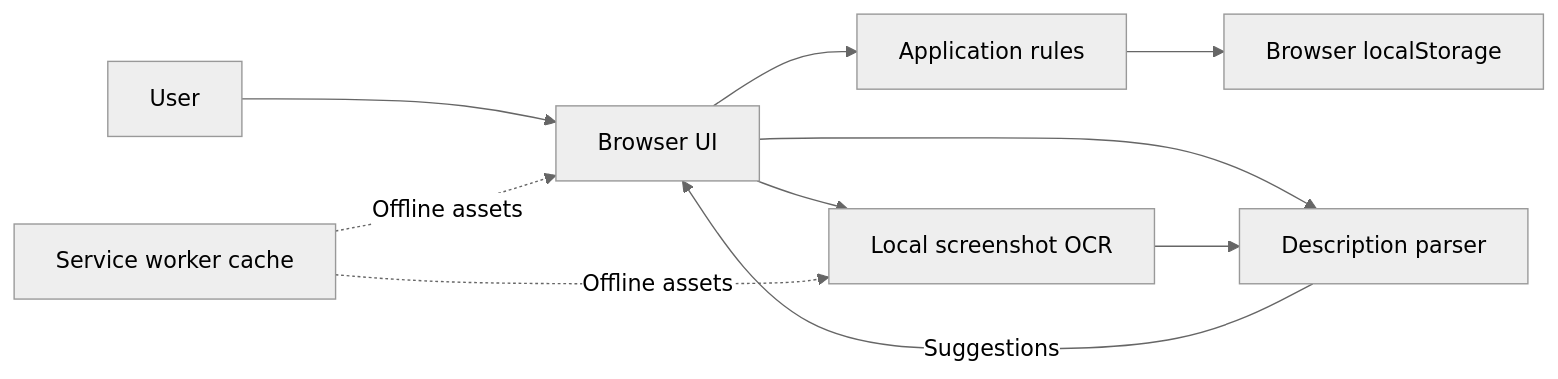
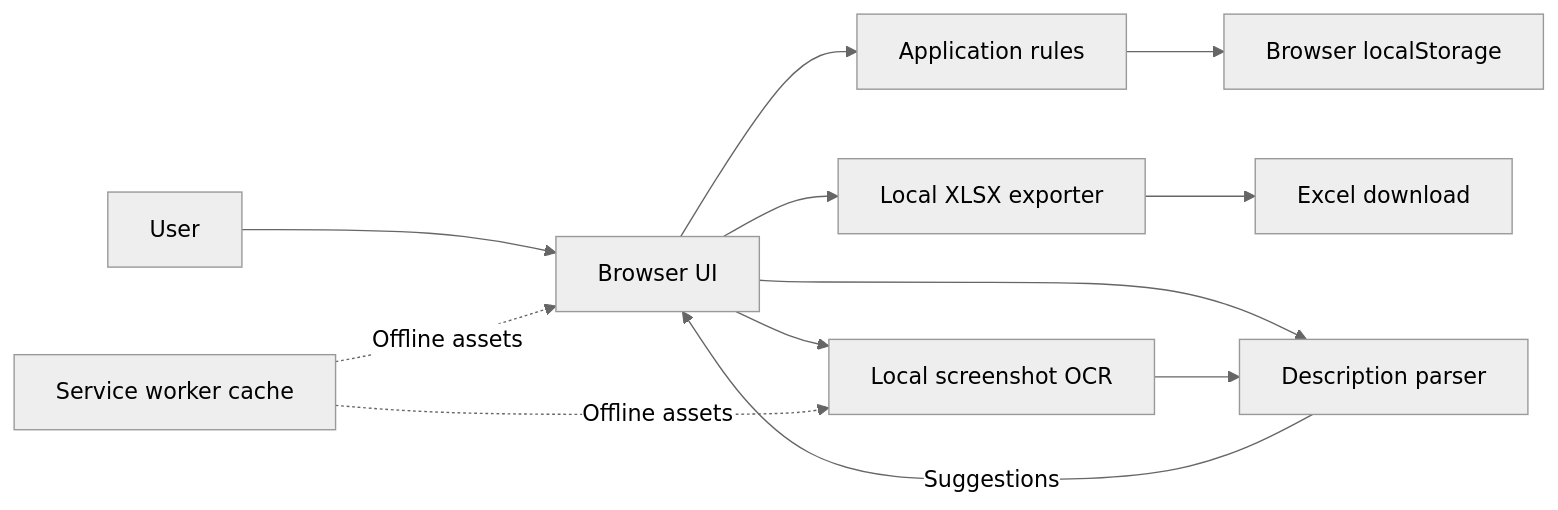
Before and after one commit to SadaqueKhanProjects/job-application-checklist-web-app: the diagram in README.md, drawn with Mermaid (neutral theme). The commit also changed other lines of this file and 9 other files, not shown here.

Commit message:
feat(export): download applications as a formatted Excel tracker

````diff
--- a/README.md
+++ b/README.md
@@ -45,12 +54,14 @@
 ```mermaid
 flowchart LR
     User --> UI[Browser UI]
     UI --> Rules[Application rules]
     Rules --> Storage[Browser localStorage]
+    UI --> Export[Local XLSX exporter]
+    Export --> Download[Excel download]
     UI --> Parser[Description parser]
     UI --> OCR[Local screenshot OCR]
     OCR --> Parser
     Parser -->|Suggestions| UI
     Cache[Service worker cache] -. Offline assets .-> UI
     Cache -. Offline assets .-> OCR
 ```
````
